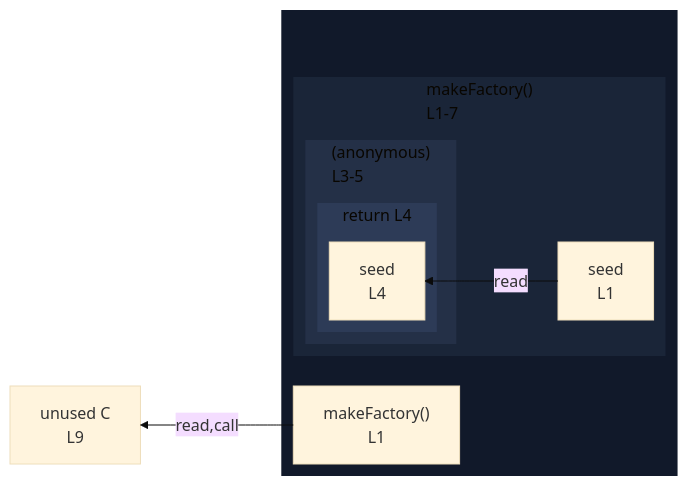
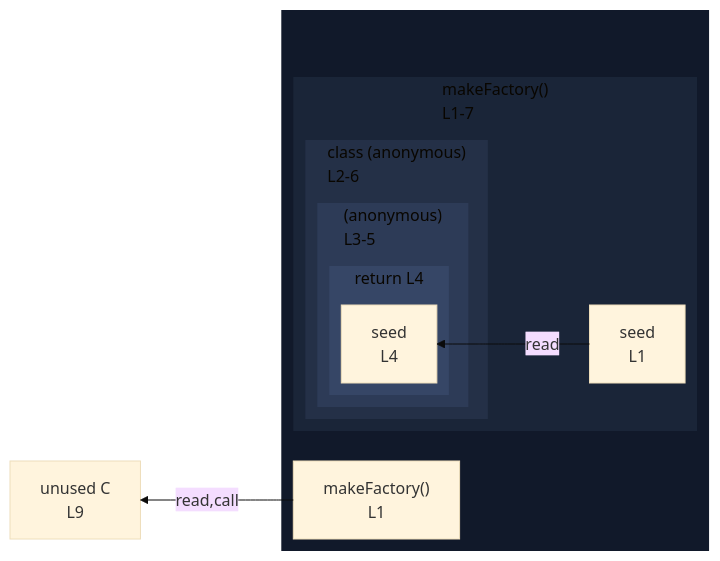
The diagram in integration/fixtures/class/expression/method-body-in-return/preview.md (crescware/unsnarl), drawn with Mermaid (base theme) before and after one commit. The commit also changed 103 other files, not shown here.

````diff
--- a/integration/fixtures/class/expression/method-body-in-return/preview.md
+++ b/integration/fixtures/class/expression/method-body-in-return/preview.md
@@ -19,30 +19,35 @@
 ```mermaid
 %%{init: {"flowchart": {"defaultRenderer": "elk"}}}%%
 flowchart RL
   n_scope_0_C_106["unused C<br/>L9"]
   subgraph wrap_s_scope_1[" "]
     direction TB
     n_scope_0_makeFactory_9["makeFactory()<br/>L1"]
     subgraph s_scope_1["makeFactory()<br/>L1-7"]
       direction RL
       n_scope_1_seed_21["seed<br/>L1"]
-      subgraph s_scope_3["(anonymous)<br/>L3-5"]
+      subgraph s_scope_2["class (anonymous)<br/>L2-6"]
         direction RL
-        subgraph s_return_scope_0_makeFactory_9_73_85["return L4"]
+        subgraph s_scope_3["(anonymous)<br/>L3-5"]
           direction RL
-          ret_use_ref_0["seed<br/>L4"]
+          subgraph s_return_scope_0_makeFactory_9_73_85["return L4"]
+            direction RL
+            ret_use_ref_0["seed<br/>L4"]
+          end
         end
       end
     end
   end
   n_scope_1_seed_21 -->|read| ret_use_ref_0
   n_scope_0_makeFactory_9 -->|read,call| n_scope_0_C_106
   classDef nestL1 fill:#11192a,stroke:transparent;
   class wrap_s_scope_1 nestL1;
   classDef nestL2 fill:#1a2538,stroke:transparent;
   class s_scope_1 nestL2;
   classDef nestL3 fill:#243047,stroke:transparent;
-  class s_scope_3 nestL3;
+  class s_scope_2 nestL3;
   classDef nestL4 fill:#2d3b57,stroke:transparent;
-  class s_return_scope_0_makeFactory_9_73_85 nestL4;
+  class s_scope_3 nestL4;
+  classDef nestL5 fill:#364666,stroke:transparent;
+  class s_return_scope_0_makeFactory_9_73_85 nestL5;
 ```
````
